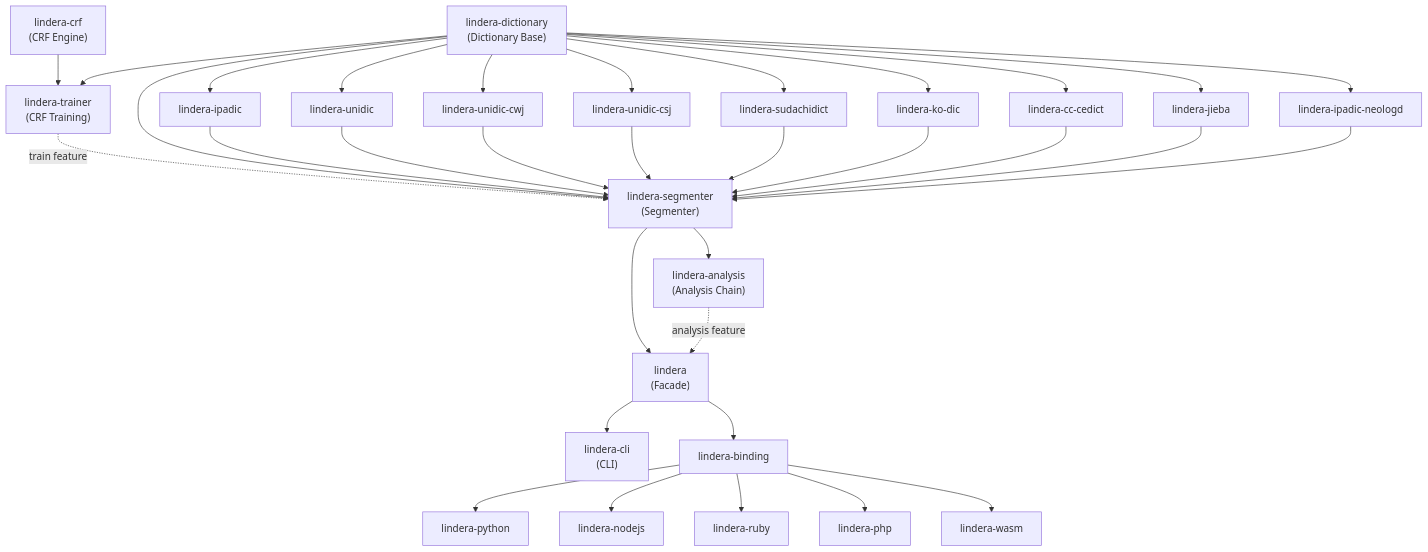
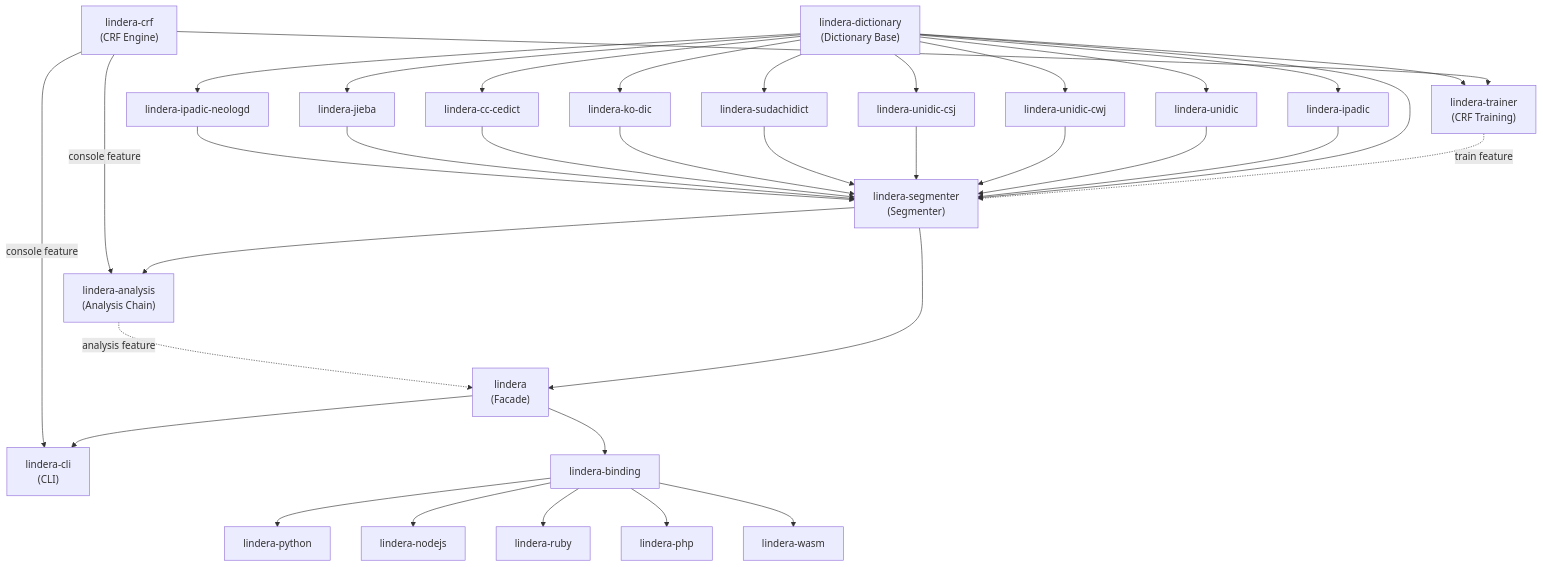
The diagram in docs/ja/src/architecture.md (lindera/lindera), drawn with Mermaid before and after one commit. The commit also changed other lines of this file and 18 other files, not shown here.

````diff
--- a/docs/ja/src/architecture.md
+++ b/docs/ja/src/architecture.md
@@ -7,58 +7,60 @@
 ```mermaid
 graph TB
     CRF["lindera-crf\n(CRF Engine)"]
     DICT["lindera-dictionary\n(Dictionary Base)"]
     TRAINER["lindera-trainer\n(CRF Training)"]
     IPADIC["lindera-ipadic"]
     UNIDIC["lindera-unidic"]
     UNIDICCWJ["lindera-unidic-cwj"]
     UNIDICCSJ["lindera-unidic-csj"]
     SUDACHIDICT["lindera-sudachidict"]
     KODIC["lindera-ko-dic"]
     CCCEDICT["lindera-cc-cedict"]
     JIEBA["lindera-jieba"]
     NEOLOGD["lindera-ipadic-neologd"]
     SEGMENTER["lindera-segmenter\n(Segmenter)"]
     ANALYSIS["lindera-analysis\n(Analysis Chain)"]
     LIB["lindera\n(Facade)"]
     CLI["lindera-cli\n(CLI)"]
     BINDING["lindera-binding"]
     PY["lindera-python"]
     NODEJS["lindera-nodejs"]
     RUBY["lindera-ruby"]
     PHP["lindera-php"]
     WASM["lindera-wasm"]
 
     CRF --> TRAINER
     DICT --> TRAINER
     TRAINER -.->|"train feature"| SEGMENTER
     DICT --> IPADIC
     DICT --> UNIDIC
     DICT --> UNIDICCWJ
     DICT --> UNIDICCSJ
     DICT --> SUDACHIDICT
     DICT --> KODIC
     DICT --> CCCEDICT
     DICT --> JIEBA
     DICT --> NEOLOGD
     DICT --> SEGMENTER
     IPADIC --> SEGMENTER
     UNIDIC --> SEGMENTER
     UNIDICCWJ --> SEGMENTER
     UNIDICCSJ --> SEGMENTER
     SUDACHIDICT --> SEGMENTER
     KODIC --> SEGMENTER
     CCCEDICT --> SEGMENTER
     JIEBA --> SEGMENTER
     NEOLOGD --> SEGMENTER
     SEGMENTER --> ANALYSIS
+    CRF -->|"console feature"| ANALYSIS
     SEGMENTER --> LIB
     ANALYSIS -.->|"analysis feature"| LIB
     LIB --> CLI
+    CRF -->|"console feature"| CLI
     LIB --> BINDING
     BINDING --> PY
     BINDING --> NODEJS
     BINDING --> RUBY
     BINDING --> PHP
     BINDING --> WASM
 ```
````
